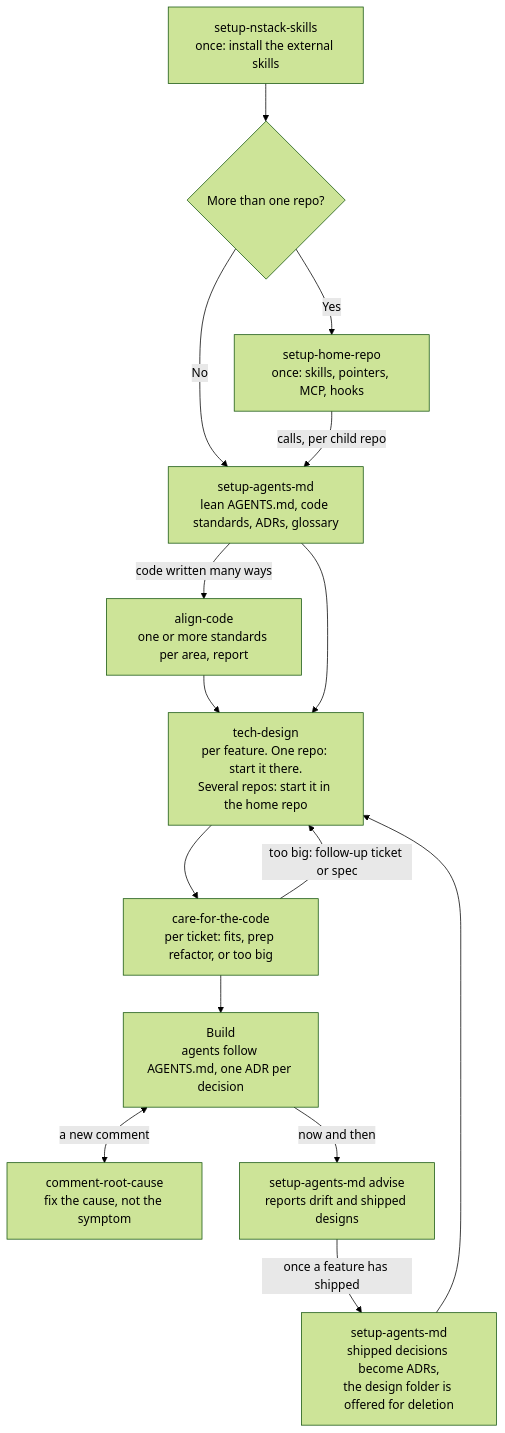
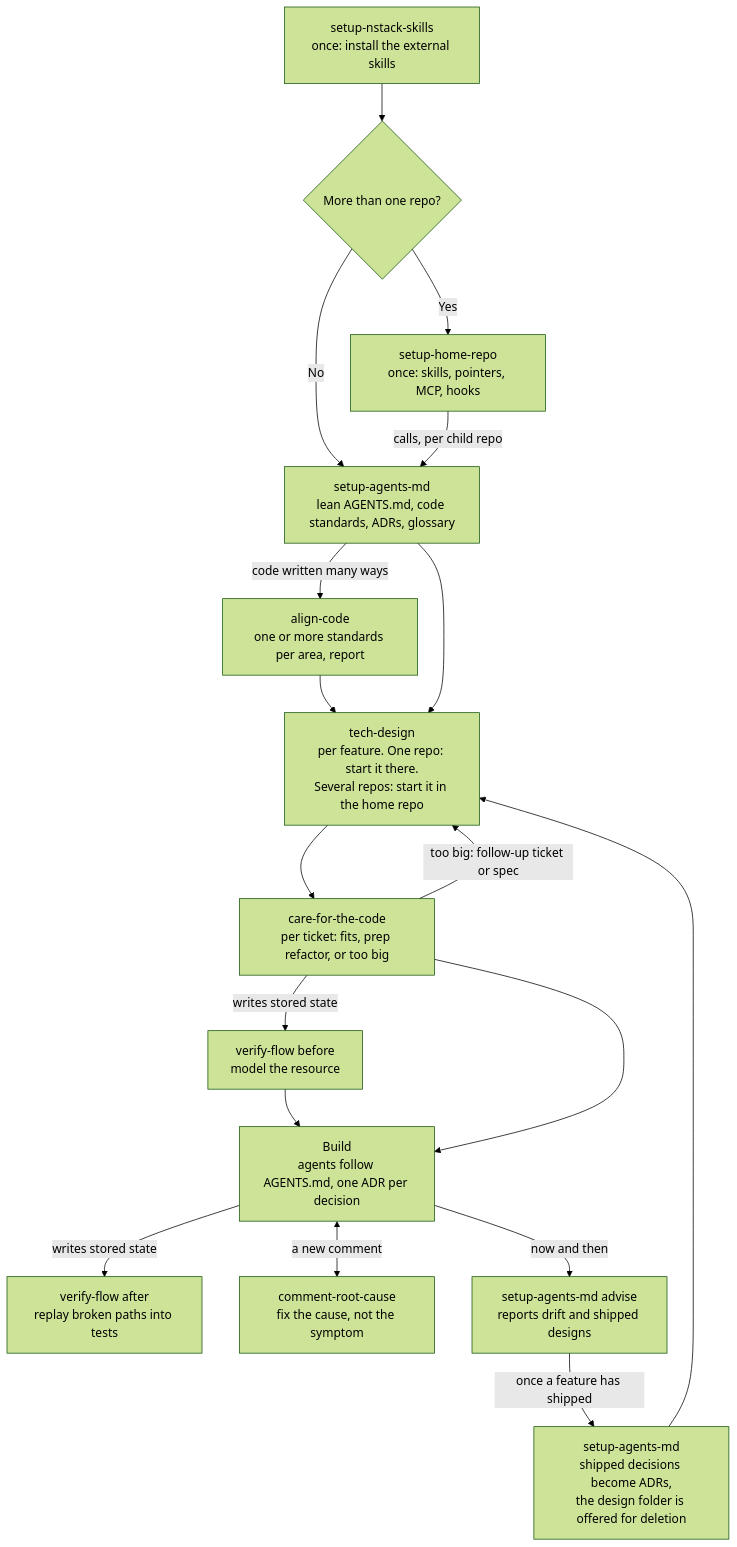
One commit to svennijhuis/nstack changed the diagram in README.md. Above: the diagram before and after it, drawn with Mermaid (forest theme). The commit also changed other lines of this file and 5 other files, not shown here.

First line of the commit message:
care-for-the-code: fit with verify-flow

````diff
--- a/README.md
+++ b/README.md
@@ -20,17 +20,20 @@
 ```mermaid
 flowchart TD
     A[setup-nstack-skills<br/>once: install the external skills] --> B{More than one repo?}
     B -->|Yes| C[setup-home-repo<br/>once: skills, pointers, MCP, hooks]
     B -->|No| D
     C -->|calls, per child repo| D[setup-agents-md<br/>lean AGENTS.md, code standards, ADRs, glossary]
     D -->|code written many ways| I[align-code<br/>one or more standards per area, report]
     I --> E
     D --> E[tech-design<br/>per feature. One repo: start it there.<br/>Several repos: start it in the home repo]
     E --> T[care-for-the-code<br/>per ticket: fits, prep refactor, or too big]
     T -->|too big: follow-up ticket or spec| E
+    T -->|writes stored state| V[verify-flow before<br/>model the resource]
+    V --> F
     T --> F[Build<br/>agents follow AGENTS.md, one ADR per decision]
+    F -->|writes stored state| VA[verify-flow after<br/>replay broken paths into tests]
     F <-->|a new comment| R[comment-root-cause<br/>fix the cause, not the symptom]
     F -->|now and then| G[setup-agents-md advise<br/>reports drift and shipped designs]
     G -->|once a feature has shipped| H[setup-agents-md<br/>shipped decisions become ADRs,<br/>the design folder is offered for deletion]
     H --> E
 ```
````
